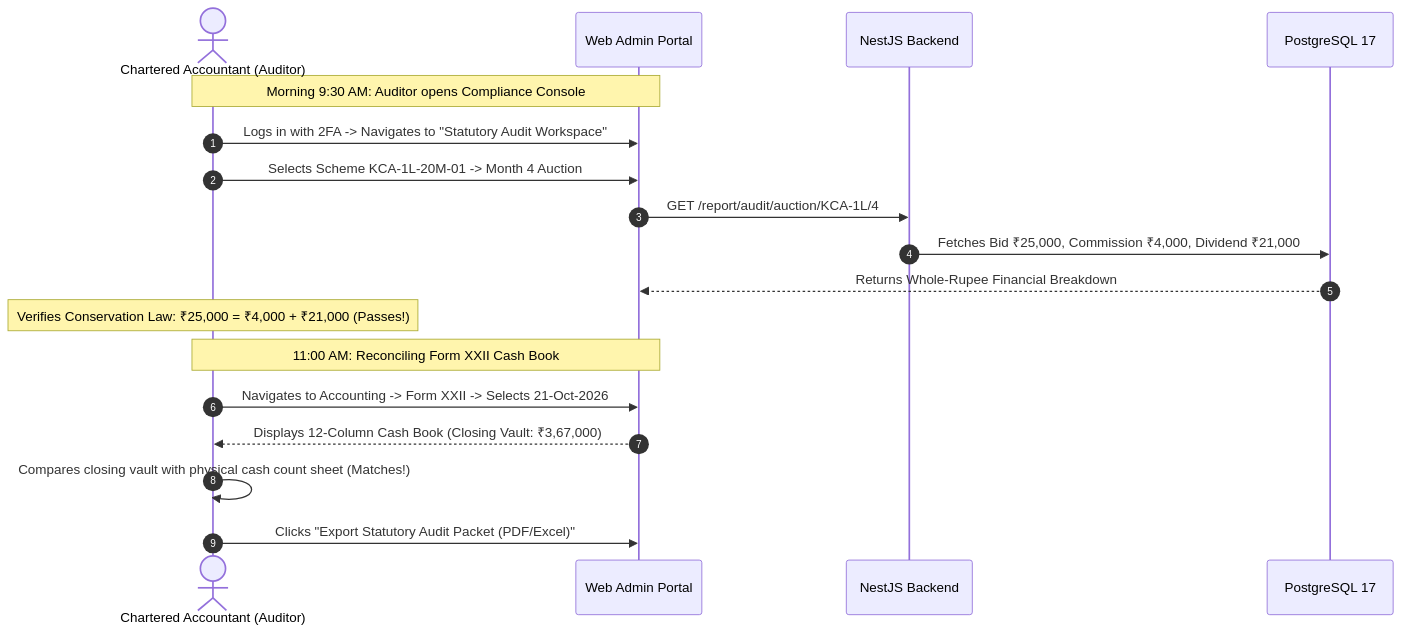
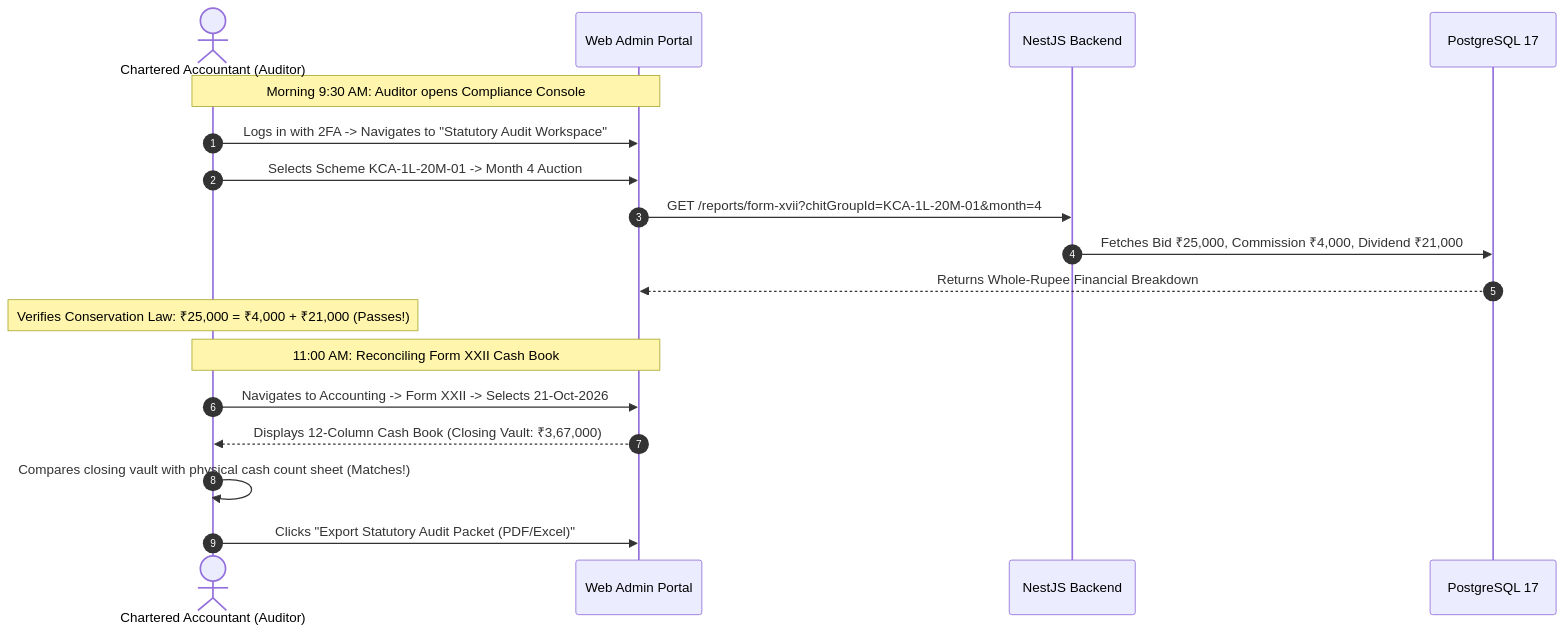
One commit to Kathir-24/Kumaran-finance changed the second of 4 diagrams in docs/02-requirements/educational-guides/persona-6-auditor.md. Above: the diagram before and after it, drawn with Mermaid. The commit also changed other lines of this file and 11 other files, not shown here.

````diff
--- a/docs/02-requirements/educational-guides/persona-6-auditor.md
+++ b/docs/02-requirements/educational-guides/persona-6-auditor.md
@@ -116,22 +116,22 @@
 ```mermaid
 sequenceDiagram
     autonumber
     actor A as Chartered Accountant (Auditor)
     participant UI as Web Admin Portal
     participant API as NestJS Backend
     participant DB as PostgreSQL 17
 
     Note over A,UI: Morning 9:30 AM: Auditor opens Compliance Console
     A->>UI: Logs in with 2FA -> Navigates to "Statutory Audit Workspace"
     A->>UI: Selects Scheme KCA-1L-20M-01 -> Month 4 Auction
-    UI->>API: GET /report/audit/auction/KCA-1L/4
+    UI->>API: GET /reports/form-xvii?chitGroupId=KCA-1L-20M-01&month=4
     API->>DB: Fetches Bid ₹25,000, Commission ₹4,000, Dividend ₹21,000
     DB-->>UI: Returns Whole-Rupee Financial Breakdown
     Note over A: Verifies Conservation Law: ₹25,000 = ₹4,000 + ₹21,000 (Passes!)
 
     Note over A,UI: 11:00 AM: Reconciling Form XXII Cash Book
     A->>UI: Navigates to Accounting -> Form XXII -> Selects 21-Oct-2026
     UI-->>A: Displays 12-Column Cash Book (Closing Vault: ₹3,67,000)
     A->>A: Compares closing vault with physical cash count sheet (Matches!)
     A->>UI: Clicks "Export Statutory Audit Packet (PDF/Excel)"
 ```
````
